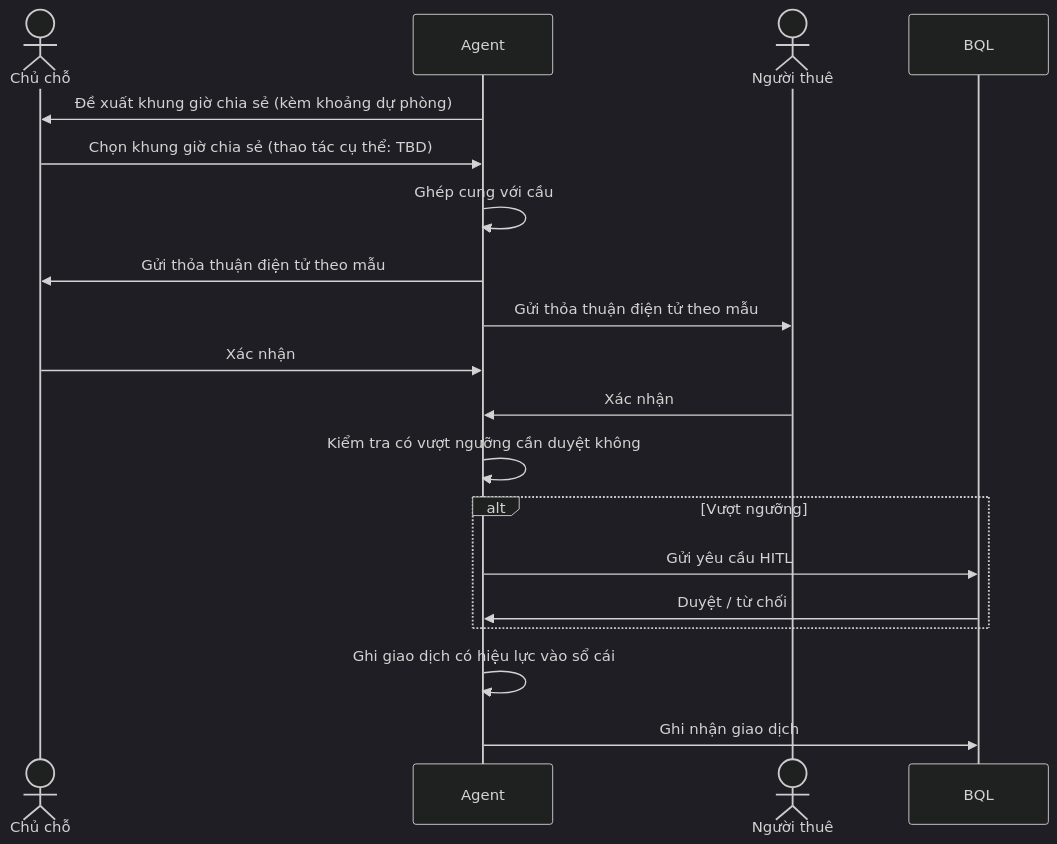
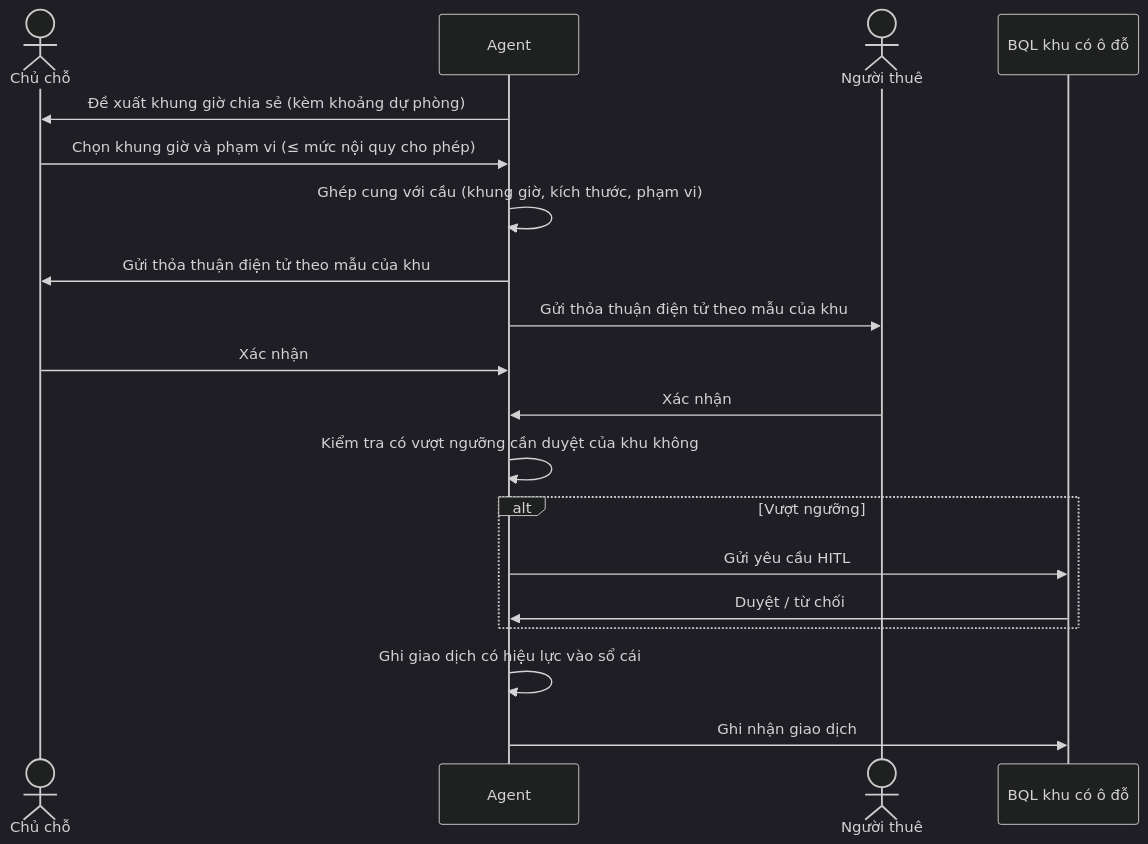
The third of 7 diagrams in docs/01-product/ux/user-flow.md (leewinie2104-lang/AITC-t-142), drawn with Mermaid (dark theme) before and after one commit. The commit also changed other lines of this file and 28 other files, not shown here.

Commit message:
docs: update docs/01-product, create documents in docs/02-architecture

````diff
--- a/docs/01-product/ux/user-flow.md
+++ b/docs/01-product/ux/user-flow.md
@@ -24,21 +42,21 @@
 ```mermaid
 sequenceDiagram
     actor Chu as Chủ chỗ
     participant Ag as Agent
     actor Thue as Người thuê
-    participant BQL
+    participant BQL as BQL khu có ô đỗ
     Ag->>Chu: Đề xuất khung giờ chia sẻ (kèm khoảng dự phòng)
-    Chu->>Ag: Chọn khung giờ chia sẻ (thao tác cụ thể: TBD)
-    Ag->>Ag: Ghép cung với cầu
-    Ag->>Chu: Gửi thỏa thuận điện tử theo mẫu
-    Ag->>Thue: Gửi thỏa thuận điện tử theo mẫu
+    Chu->>Ag: Chọn khung giờ và phạm vi (≤ mức nội quy cho phép)
+    Ag->>Ag: Ghép cung với cầu (khung giờ, kích thước, phạm vi)
+    Ag->>Chu: Gửi thỏa thuận điện tử theo mẫu của khu
+    Ag->>Thue: Gửi thỏa thuận điện tử theo mẫu của khu
     Chu->>Ag: Xác nhận
     Thue->>Ag: Xác nhận
-    Ag->>Ag: Kiểm tra có vượt ngưỡng cần duyệt không
+    Ag->>Ag: Kiểm tra có vượt ngưỡng cần duyệt của khu không
     alt Vượt ngưỡng
         Ag->>BQL: Gửi yêu cầu HITL
         BQL->>Ag: Duyệt / từ chối
     end
     Ag->>Ag: Ghi giao dịch có hiệu lực vào sổ cái
     Ag->>BQL: Ghi nhận giao dịch
 ```
````
